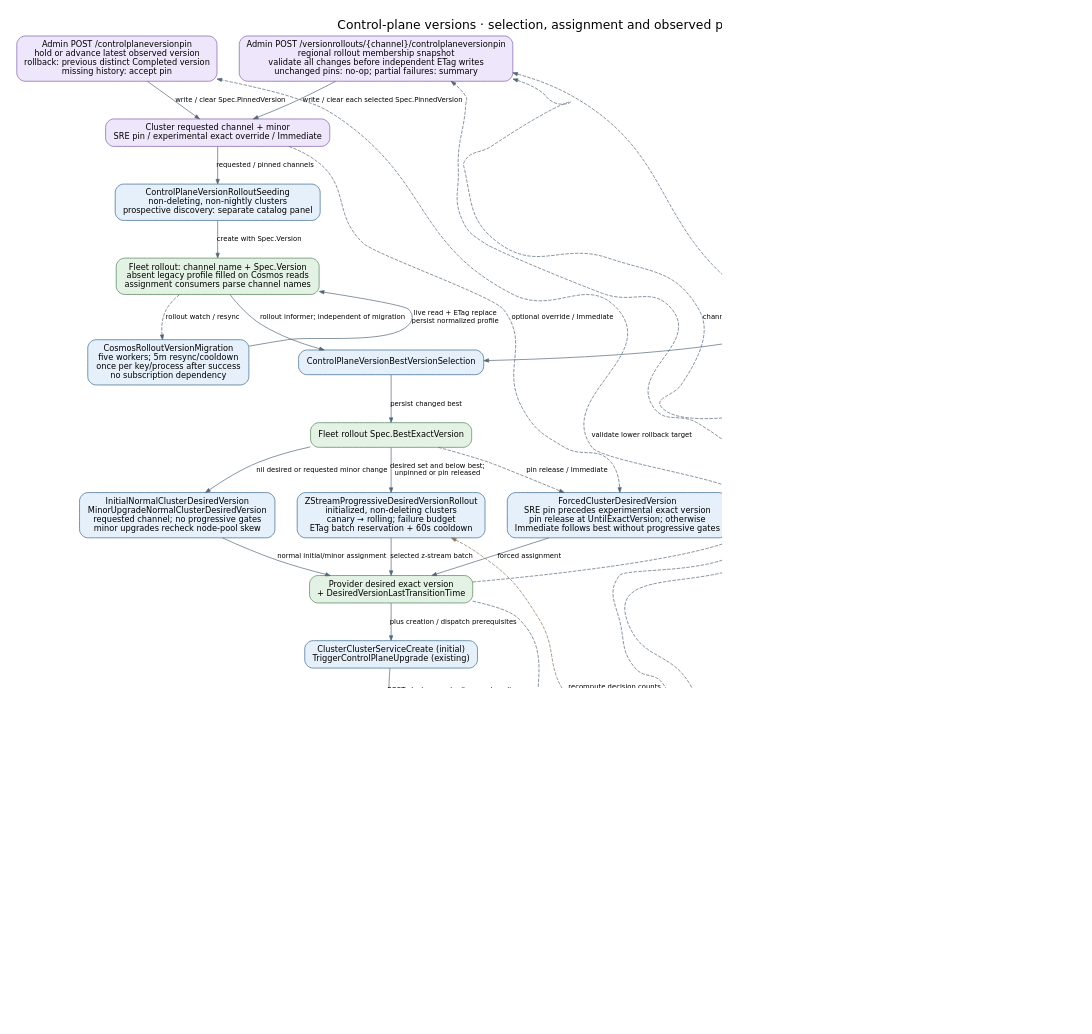
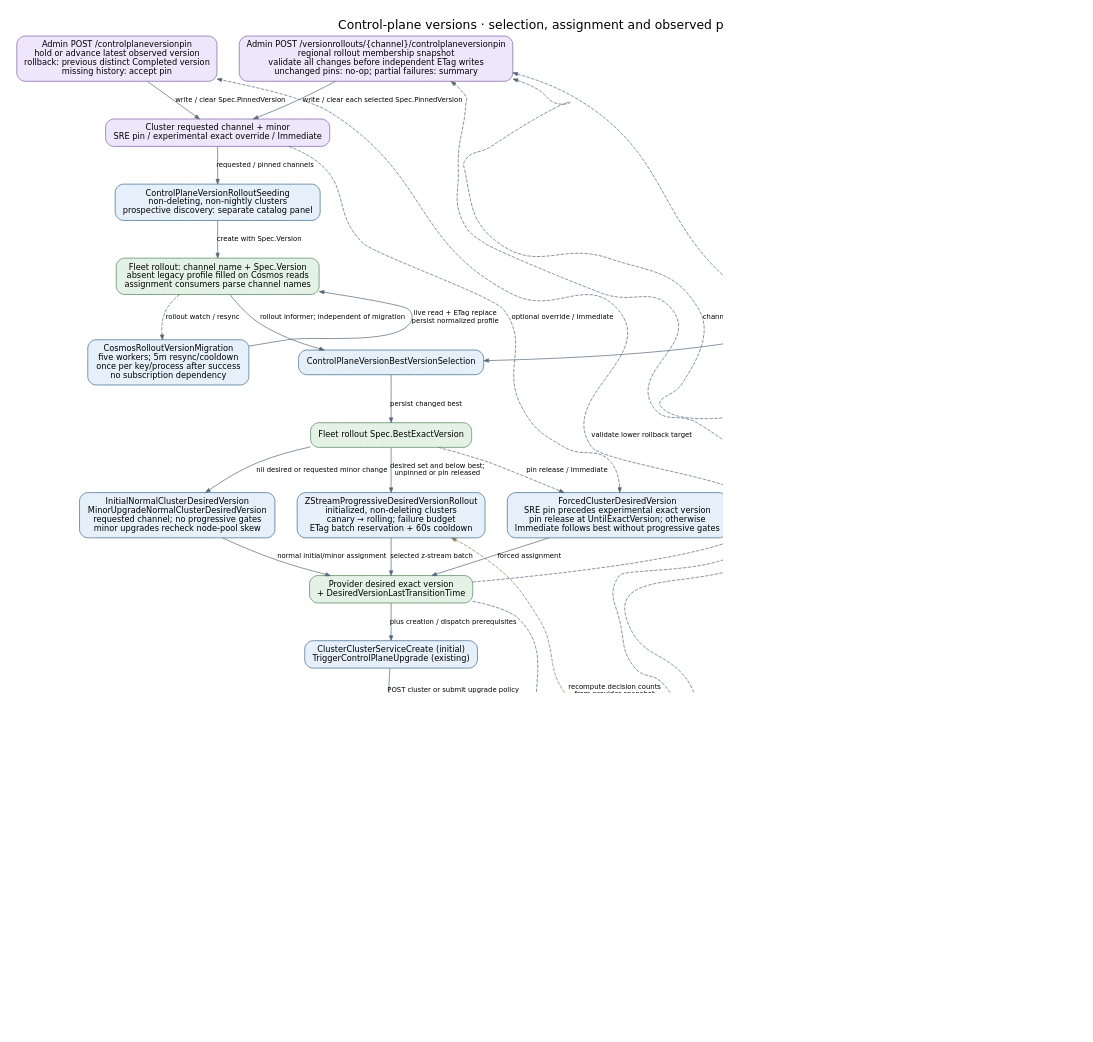
The diagram in docs/generated/diagrams/controller-flows/control-plane-version-rollout.dot (Azure/ARO-HCP), drawn with Graphviz before and after one commit. The commit also changed 38 other files, not shown here.

```diff
--- a/docs/generated/diagrams/controller-flows/control-plane-version-rollout.dot
+++ b/docs/generated/diagrams/controller-flows/control-plane-version-rollout.dot
@@ -1,54 +1,54 @@
 digraph control_plane_version_rollout {
   graph [rankdir=TB, bgcolor="white", pad="0.3", nodesep="0.45", ranksep="0.6", fontname="DejaVu Sans", fontsize=18, labelloc=t, label="Control-plane versions · selection, assignment and observed progress", dpi=110];
   node [shape=box, style="rounded,filled", fillcolor="#e6f0fa", color="#35648a", fontname="DejaVu Sans", fontsize=12, margin="0.16,0.10"];
   edge [color="#536577", fontname="DejaVu Sans", fontsize=10, arrowsize=0.7];
   request [label="Cluster requested channel + minor\nSRE pin / experimental exact override / Immediate", fillcolor="#eee7fb", color="#7b59a4"];
   pin [label="Admin POST /controlplaneversionpin\nhold or advance latest observed version\nrollback: previous distinct Completed version\nmissing history: accept pin", fillcolor="#eee7fb", color="#7b59a4"];
   fleetpin [label="Admin POST /versionrollouts/{channel}/controlplaneversionpin\nregional rollout membership snapshot\nvalidate all changes before independent ETag writes\nunchanged pins: no-op; partial failures: summary", fillcolor="#eee7fb", color="#7b59a4"];
   actual [label="ActualHostedCluster controller\n→ provider Status.ControlPlaneVersionHistory\nfull observed control-plane history"];
   seed [label="ControlPlaneVersionRolloutSeeding\nnon-deleting, non-nightly clusters\nprospective discovery: separate catalog panel"];
   rollout [label="Fleet rollout: channel name + Spec.Version\nabsent legacy profile filled on Cosmos reads\nassignment consumers parse channel names", fillcolor="#e4f2e5", color="#4c8053"];
   migration [label="CosmosRolloutVersionMigration\nfive workers; 5m resync/cooldown\nonce per key/process after success\nno subscription dependency"];
   best [label="ControlPlaneVersionBestVersionSelection"];
   updategraph [label="OpenShift update graph\nstable offset 1; other channels offset 0\nrecency only; risk filtering is a follow-up", fillcolor="#fff0da", color="#b27624"];
   target [label="Fleet rollout Spec.BestExactVersion", fillcolor="#e4f2e5", color="#4c8053"];
   initial [label="InitialNormalClusterDesiredVersion\nMinorUpgradeNormalClusterDesiredVersion\nrequested channel; no progressive gates\nminor upgrades recheck node-pool skew"];
   normal [label="ZStreamProgressiveDesiredVersionRollout\ninitialized, non-deleting clusters\ncanary → rolling; failure budget\nETag batch reservation + 60s cooldown"];
   forced [label="ForcedClusterDesiredVersion\nSRE pin precedes experimental exact version\npin release at UntilExactVersion; otherwise\nImmediate follows best without progressive gates"];
   desired [label="Provider desired exact version\n+ DesiredVersionLastTransitionTime", fillcolor="#e4f2e5", color="#4c8053"];
   dispatch [label="ClusterClusterServiceCreate (initial)\nTriggerControlPlaneUpgrade (existing)"];
   external [label="Cluster Service / HyperShift / Kubernetes\nexternal control-plane convergence\nmanifest delivery: separate boundary panel", fillcolor="#fff0da", color="#b27624"];
   observe [label="ReadDesireKubernetesController\n→ ControlPlaneActiveVersions"];
   history [label="Provider active versions + transition times\nCompleted entry confirms achieved version", fillcolor="#e4f2e5", color="#4c8053"];
   status [label="ControlPlaneVersionStatusCollector\nupgrade maps exclude missing / deleting clusters\nreference count INCLUDES deletion; see catalog panel"];
   counts [label="Fleet status: desired / mismatched / failed\nachieved / successful\nsuccess age > 1h; mismatch timeout > 2h default", fillcolor="#e4f2e5", color="#4c8053"];
   request -> seed [label="requested / pinned channels"];
   pin -> request [label="write / clear Spec.PinnedVersion"];
   fleetpin -> request [label="write / clear each selected Spec.PinnedVersion"];
   actual -> fleetpin [label="validate changed rollback pins", style=dashed, constraint=false];
   desired -> fleetpin [label="channel membership", style=dashed, constraint=false];
   history -> fleetpin [label="membership fallback only", style=dashed, constraint=false];
   seed -> rollout [label="create with Spec.Version"];
   rollout -> best [label="rollout informer; independent of migration"];
   rollout -> migration [label="rollout watch / resync", style=dashed];
   migration -> rollout [label="live read + ETag replace\npersist normalized profile", constraint=false];
   updategraph -> best [label="selectable version + configured floor"];
   best -> target [label="persist changed best"];
   target -> initial [label="nil desired or requested minor change"];
   target -> normal [label="desired set and below best;\nunpinned or pin released"];
   target -> forced [label="pin release / Immediate", style=dashed];
   request -> forced [label="optional override / Immediate", style=dashed, constraint=false];
   initial -> desired [label="normal initial/minor assignment"];
   normal -> desired [label="selected z-stream batch"];
   forced -> desired [label="forced assignment"];
   desired -> dispatch [label="plus creation / dispatch prerequisites"];
   dispatch -> external [label="POST cluster or submit upgrade policy"];
-  external -> observe [label="mirrored HostedCluster history"];
+  external -> observe [label="controlPlaneVersion.history only\nno legacy history fallback"];
   external -> actual [label="ReadDesire HostedCluster mirror", style=dashed];
   actual -> pin [label="validate lower rollback target", style=dashed, constraint=false];
   observe -> history [label="record observed state"];
   history -> status [label="completed version + age"];
   desired -> status [label="membership + target + age", style=dashed, constraint=false];
   status -> counts [label="persist changed counts + reference inventory"];
   history -> normal [label="recompute decision counts\nfrom provider snapshot", style=dashed, color="#857456", constraint=false];
 }
```
